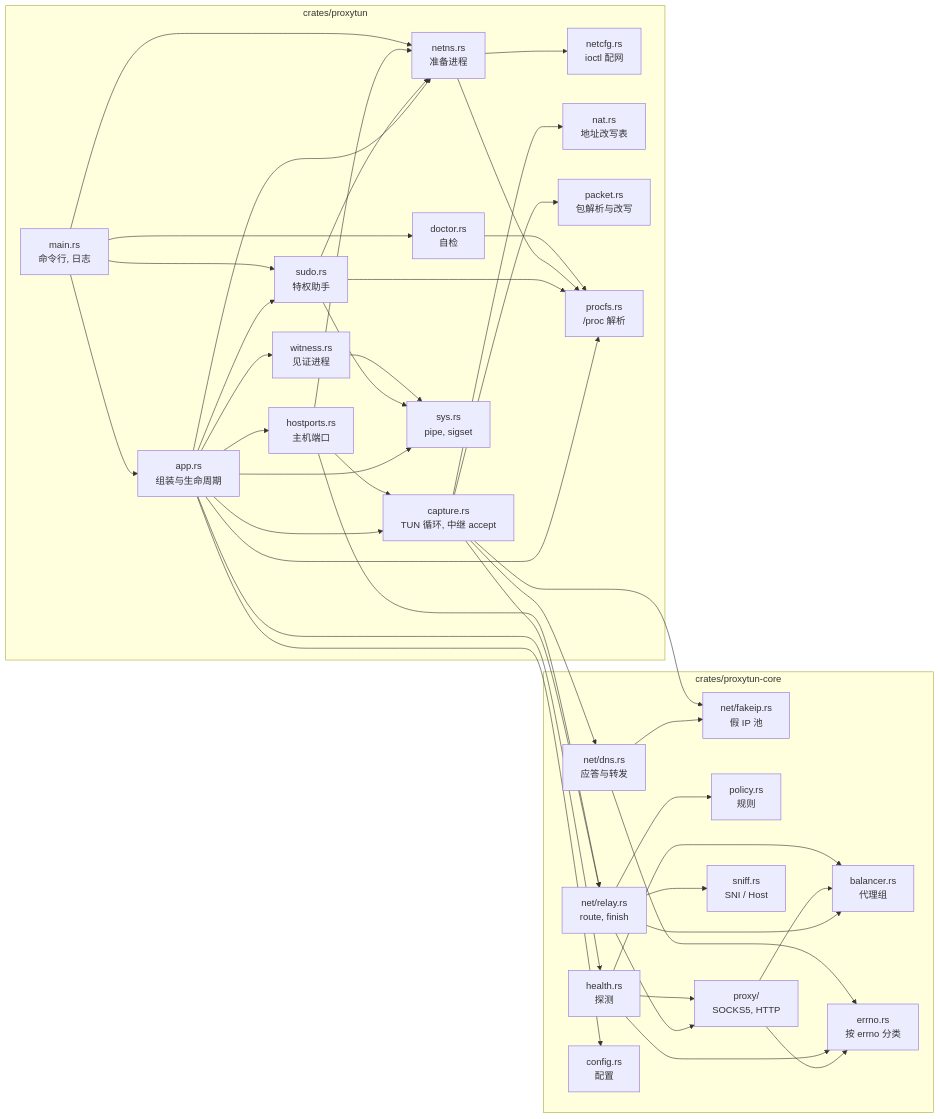
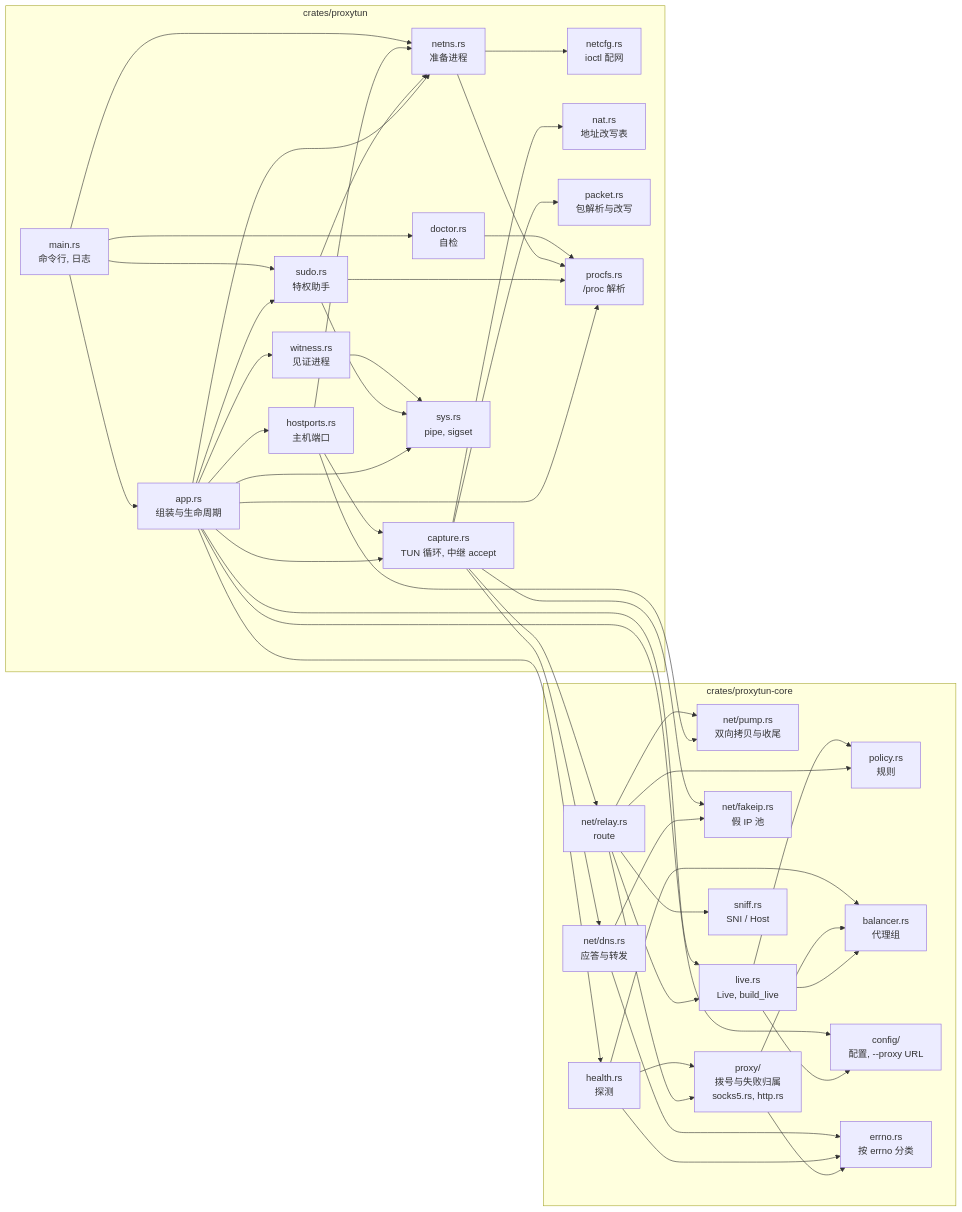
One commit to moonshawdo/proxytun changed the diagram in docs/architecture/modules.md. Above: the diagram before and after it, drawn with Mermaid. The commit also changed other lines of this file and 17 other files, not shown here.

````diff
--- a/docs/architecture/modules.md
+++ b/docs/architecture/modules.md
@@ -14,56 +14,63 @@
 ```mermaid
 flowchart LR
     subgraph BIN["crates/proxytun"]
         MAIN["main.rs<br/>命令行, 日志"] --> APP["app.rs<br/>组装与生命周期"]
         APP --> NETNS["netns.rs<br/>准备进程"]
         APP --> SUDO["sudo.rs<br/>特权助手"]
         APP --> CAP["capture.rs<br/>TUN 循环, 中继 accept"]
         APP --> HP["hostports.rs<br/>主机端口"]
         APP --> WIT["witness.rs<br/>见证进程"]
         MAIN --> DOC["doctor.rs<br/>自检"]
         NETNS --> NETCFG["netcfg.rs<br/>ioctl 配网"]
         SUDO --> NETNS
         CAP --> NAT["nat.rs<br/>地址改写表"]
         CAP --> PKT["packet.rs<br/>包解析与改写"]
         APP --> PFS["procfs.rs<br/>/proc 解析"]
         SUDO --> PFS
         NETNS --> PFS
         DOC --> PFS
         APP --> SYS["sys.rs<br/>pipe, sigset"]
         SUDO --> SYS
         WIT --> SYS
         HP --> NETNS
     end
     subgraph CORE["crates/proxytun-core"]
-        RELAY["net/relay.rs<br/>route, finish"]
+        RELAY["net/relay.rs<br/>route"]
+        PUMP["net/pump.rs<br/>双向拷贝与收尾"]
+        LIVE["live.rs<br/>Live, build_live"]
         DNS["net/dns.rs<br/>应答与转发"]
         FAKE["net/fakeip.rs<br/>假 IP 池"]
         POL["policy.rs<br/>规则"]
         BAL["balancer.rs<br/>代理组"]
-        PRX["proxy/<br/>SOCKS5, HTTP"]
+        PRX["proxy/<br/>拨号与失败归属<br/>socks5.rs, http.rs"]
         HEA["health.rs<br/>探测"]
         SNF["sniff.rs<br/>SNI / Host"]
-        CFG["config.rs<br/>配置"]
+        CFG["config/<br/>配置, --proxy URL"]
         ERR["errno.rs<br/>按 errno 分类"]
     end
     CAP --> RELAY
     CAP --> DNS
-    HP --> RELAY
+    HP --> PUMP
     DNS --> FAKE
+    RELAY --> LIVE
+    RELAY --> PUMP
     RELAY --> POL
-    RELAY --> BAL
     RELAY --> PRX
     RELAY --> SNF
+    LIVE --> POL
+    LIVE --> BAL
+    LIVE --> CFG
     PRX --> BAL
     HEA --> BAL
     HEA --> PRX
     PRX --> ERR
     HEA --> ERR
     DNS --> ERR
     CAP --> FAKE
     HP --> CAP
     MAIN --> NETNS
     MAIN --> SUDO
     APP --> CFG
+    APP --> LIVE
     APP --> HEA
 ```
````
